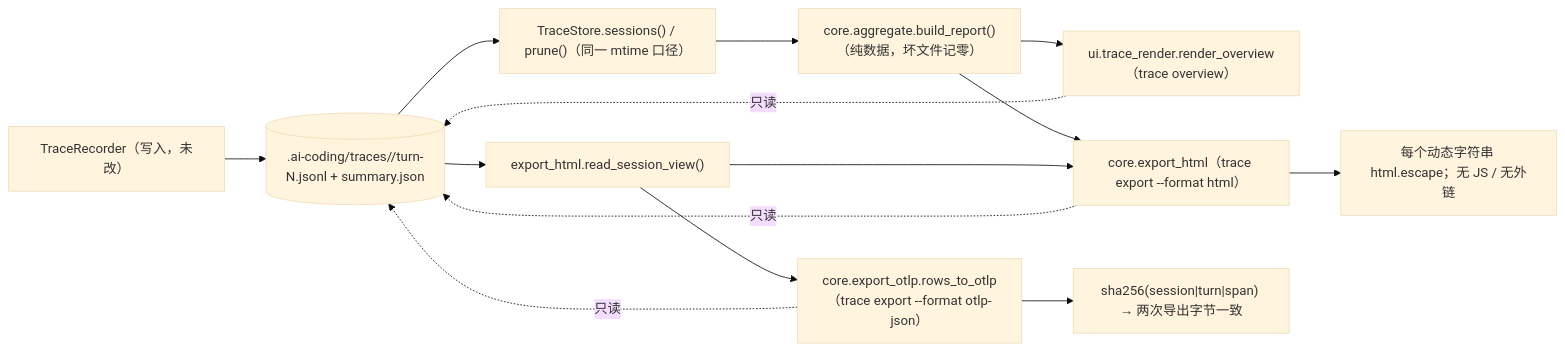
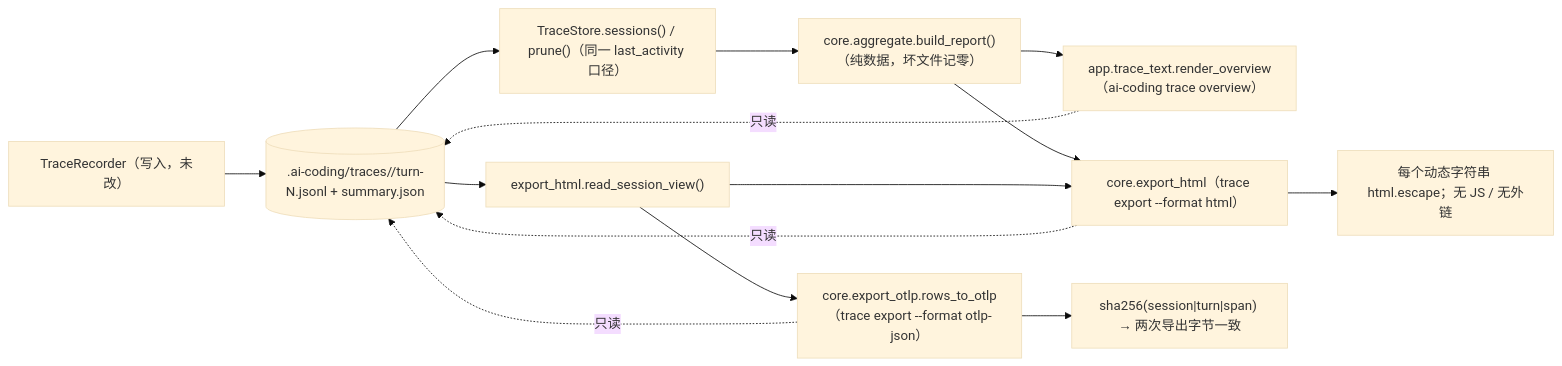
One commit to linsir2/ai-coding changed the fourth of 5 diagrams in docs/architecture.md. Above: the diagram before and after it, drawn with Mermaid (base theme). The commit also changed 27 other files, not shown here.

````diff
--- a/docs/architecture.md
+++ b/docs/architecture.md
@@ -256,16 +256,16 @@
 ```mermaid
 flowchart LR
     W["TraceRecorder（写入，未改）"] --> FS[(".ai-coding/traces/<session>/turn-N.jsonl + summary.json")]
-    FS --> REF["TraceStore.sessions() / prune()（同一 mtime 口径）"]
+    FS --> REF["TraceStore.sessions() / prune()（同一 last_activity 口径）"]
     REF --> AGG["core.aggregate.build_report()（纯数据，坏文件记零）"]
-    AGG --> T1["ui.trace_render.render_overview（trace overview）"]
+    AGG --> T1["app.trace_text.render_overview（ai-coding trace overview）"]
     AGG --> T2["core.export_html（trace export --format html）"]
     FS --> V["export_html.read_session_view()"]
     V --> T2
     V --> T3["core.export_otlp.rows_to_otlp（trace export --format otlp-json）"]
     T2 --> ESC["每个动态字符串 html.escape；无 JS / 无外链"]
     T3 --> DET["sha256(session|turn|span) → 两次导出字节一致"]
     T1 -.->|只读| FS
     T2 -.->|只读| FS
     T3 -.->|只读| FS
 ```
````
